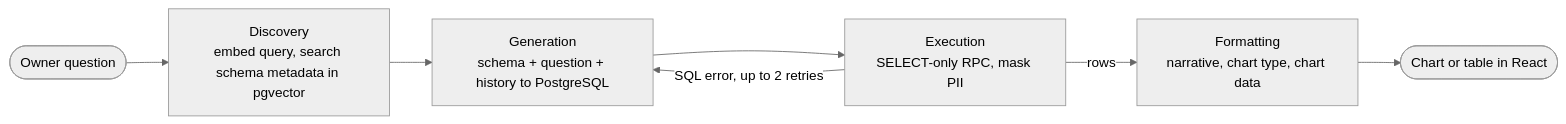
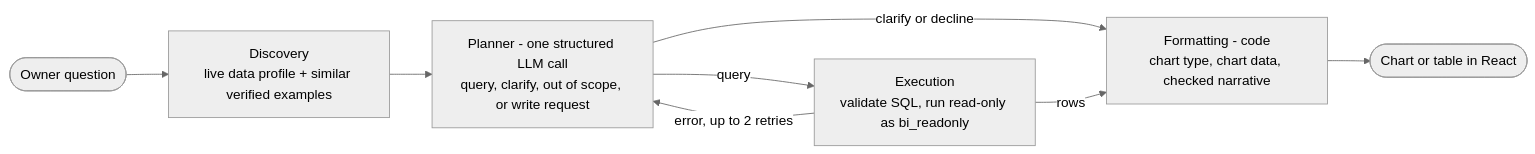
The fourth of 5 diagrams in README.md (Pandharimaske/Multi-Agent-Commerce-Platform-for-Coffee-Shop), drawn with Mermaid (neutral theme) before and after one commit. The commit also changed other lines of this file and 9 other files, not shown here.

````diff
--- a/README.md
+++ b/README.md
@@ -194,9 +196,10 @@
 ```mermaid
 flowchart LR
-    Q([Owner question]) --> DISC["Discovery<br/>embed query, search schema metadata in pgvector"]
-    DISC --> GEN["Generation<br/>schema + question + history to PostgreSQL"]
-    GEN --> EXE["Execution<br/>SELECT-only RPC, mask PII"]
-    EXE -->|SQL error, up to 2 retries| GEN
-    EXE -->|rows| FMT["Formatting<br/>narrative, chart type, chart data"]
+    Q([Owner question]) --> DISC["Discovery<br/>live data profile + similar verified examples"]
+    DISC --> PLAN["Planner - one structured LLM call<br/>query, clarify, out of scope, or write request"]
+    PLAN -->|query| EXE["Execution<br/>validate SQL, run read-only as bi_readonly"]
+    PLAN -->|clarify or decline| FMT["Formatting - code<br/>chart type, chart data, checked narrative"]
+    EXE -->|error, up to 2 retries| PLAN
+    EXE -->|rows| FMT
     FMT --> UI([Chart or table in React])
 ```
````
